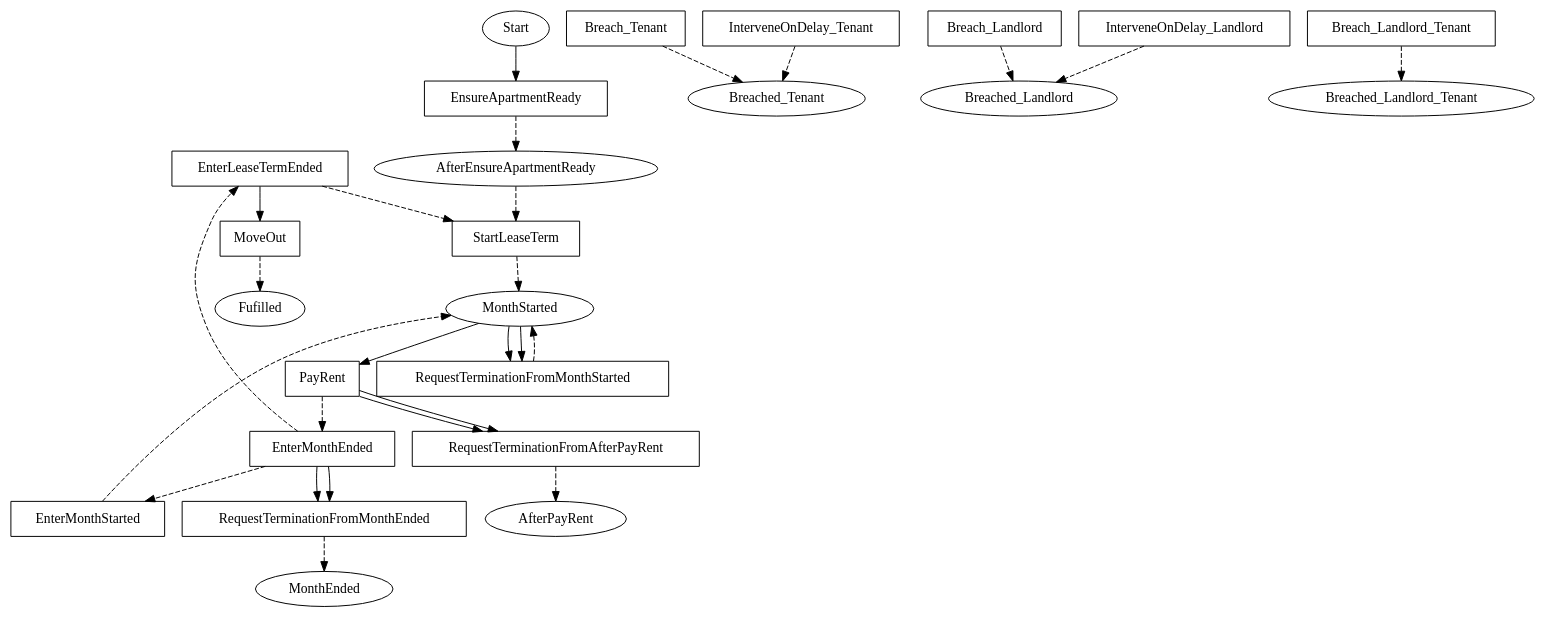
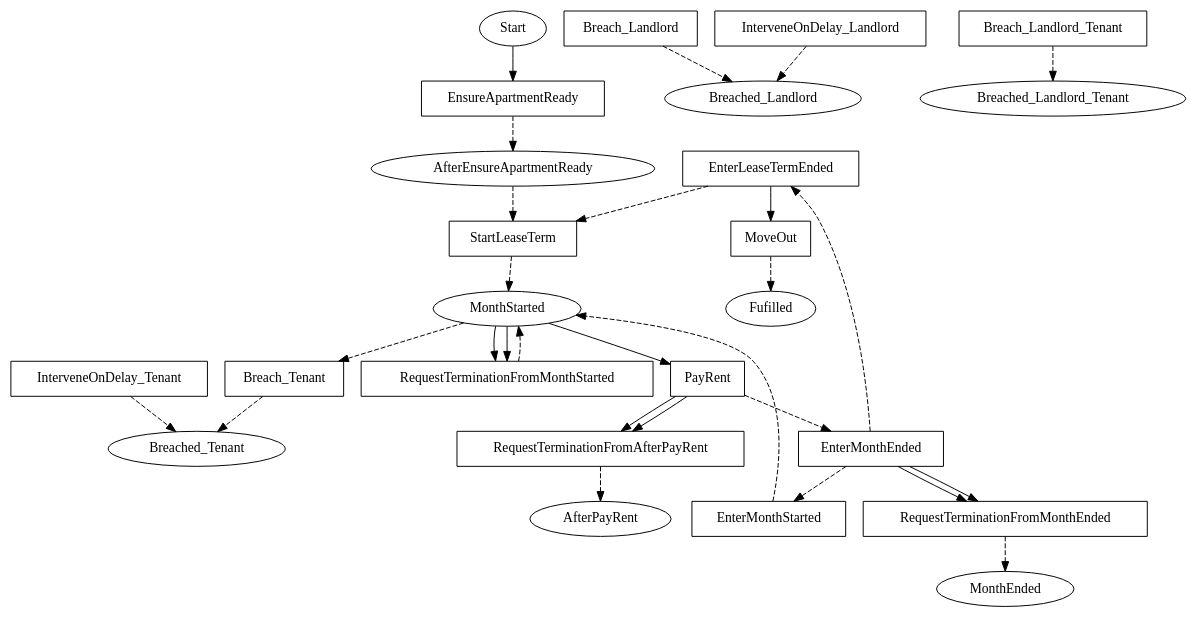
Before and after one commit to Marcao02/complaw-deeptech: the diagram in linear_state_machine_language/pyL4/examples/out_graphviz/from_academic_lit/hvitved_lease.dot, drawn with Graphviz. The commit also changed 7 other files, not shown here.

```diff
--- a/linear_state_machine_language/pyL4/examples/out_graphviz/from_academic_lit/hvitved_lease.dot
+++ b/linear_state_machine_language/pyL4/examples/out_graphviz/from_academic_lit/hvitved_lease.dot
@@ -1,61 +1,62 @@
 // THIS IS A GENERATED FILE. DO NOT EDIT.
 
 digraph Lease_Hvitved {    
     Fulfilled[label=Fufilled];
     Start[label=Start];
 	AfterEnsureApartmentReady[label=AfterEnsureApartmentReady];
 	MonthStarted[label=MonthStarted];
 	Breached_Tenant[label=Breached_Tenant];
 	Breached_Landlord[label=Breached_Landlord];
 	Breached_Landlord_Tenant[label=Breached_Landlord_Tenant]
     
      
     RequestTerminationFromMonthStarted[label=RequestTerminationFromMonthStarted,shape=box];
 	RequestTerminationFromAfterPayRent[label=RequestTerminationFromAfterPayRent,shape=box];
 	RequestTerminationFromMonthEnded[label=RequestTerminationFromMonthEnded,shape=box];
 	EnsureApartmentReady[label=EnsureApartmentReady,shape=box];
 	StartLeaseTerm[label=StartLeaseTerm,shape=box];
 	EnterMonthStarted[label=EnterMonthStarted,shape=box];
 	PayRent[label=PayRent,shape=box];
 	EnterMonthEnded[label=EnterMonthEnded,shape=box];
 	EnterLeaseTermEnded[label=EnterLeaseTermEnded,shape=box];
 	MoveOut[label=MoveOut,shape=box];
 	Breach_Tenant[label=Breach_Tenant,shape=box];
 	Breach_Landlord[label=Breach_Landlord,shape=box];
 	Breach_Landlord_Tenant[label=Breach_Landlord_Tenant,shape=box];
 	InterveneOnDelay_Landlord[label=InterveneOnDelay_Landlord,shape=box];
 	InterveneOnDelay_Tenant[label=InterveneOnDelay_Tenant,shape=box]    
     
     
     
     Start -> EnsureApartmentReady;
 	AfterEnsureApartmentReady -> StartLeaseTerm [style=dashed];
 	MonthStarted -> PayRent;
+	MonthStarted -> Breach_Tenant [style=dashed];
 	MonthStarted -> RequestTerminationFromMonthStarted;
 	MonthStarted -> RequestTerminationFromMonthStarted;
 	PayRent -> EnterMonthEnded [style=dashed];
 	PayRent -> RequestTerminationFromAfterPayRent;
 	PayRent -> RequestTerminationFromAfterPayRent;
 	EnterMonthEnded -> EnterLeaseTermEnded [style=dashed];
 	EnterMonthEnded -> EnterMonthStarted [style=dashed];
 	EnterMonthEnded -> RequestTerminationFromMonthEnded;
 	EnterMonthEnded -> RequestTerminationFromMonthEnded;
 	EnterLeaseTermEnded -> MoveOut;
 	EnterLeaseTermEnded -> StartLeaseTerm [style=dashed]
     
     RequestTerminationFromMonthStarted -> MonthStarted [style=dashed];
 	RequestTerminationFromAfterPayRent -> AfterPayRent [style=dashed];
 	RequestTerminationFromMonthEnded -> MonthEnded [style=dashed];
 	EnsureApartmentReady -> AfterEnsureApartmentReady [style=dashed];
 	StartLeaseTerm -> MonthStarted [style=dashed];
 	EnterMonthStarted -> MonthStarted [style=dashed];
 	MoveOut -> Fulfilled [style=dashed];
 	Breach_Tenant -> Breached_Tenant [style=dashed];
 	Breach_Landlord -> Breached_Landlord [style=dashed];
 	Breach_Landlord_Tenant -> Breached_Landlord_Tenant [style=dashed];
 	InterveneOnDelay_Landlord -> Breached_Landlord [style=dashed];
 	InterveneOnDelay_Tenant -> Breached_Tenant [style=dashed];
 	     
     
        
 }
```
